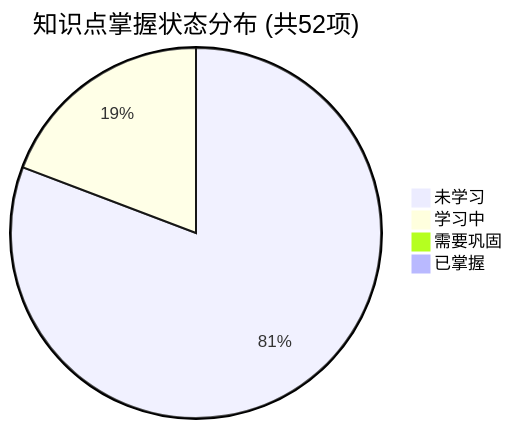
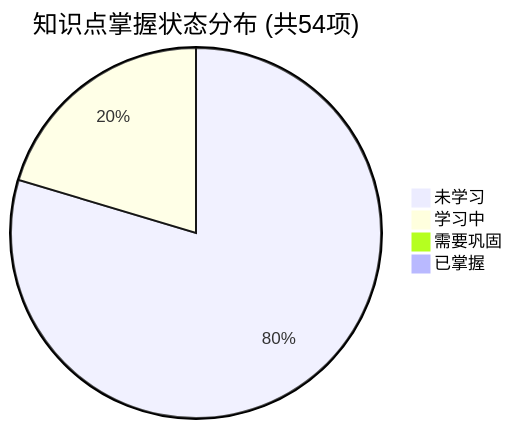
Before and after one commit to tieke1121/tech-interview-knowledge-base: the first of 2 diagrams in PROGRESS.md, drawn with Mermaid. The commit also changed other lines of this file and 1 other file, not shown here.

Commit message:
feat(day12): add iceberg lakehouse architecture, metadata tree, occ & format v2

````diff
--- a/PROGRESS.md
+++ b/PROGRESS.md
@@ -23,7 +23,7 @@
 ```mermaid
-pie title 知识点掌握状态分布 (共52项)
-    "未学习" : 42
-    "学习中" : 10
+pie title 知识点掌握状态分布 (共54项)
+    "未学习" : 43
+    "学习中" : 11
     "需要巩固" : 0
     "已掌握" : 0
 ```
````
